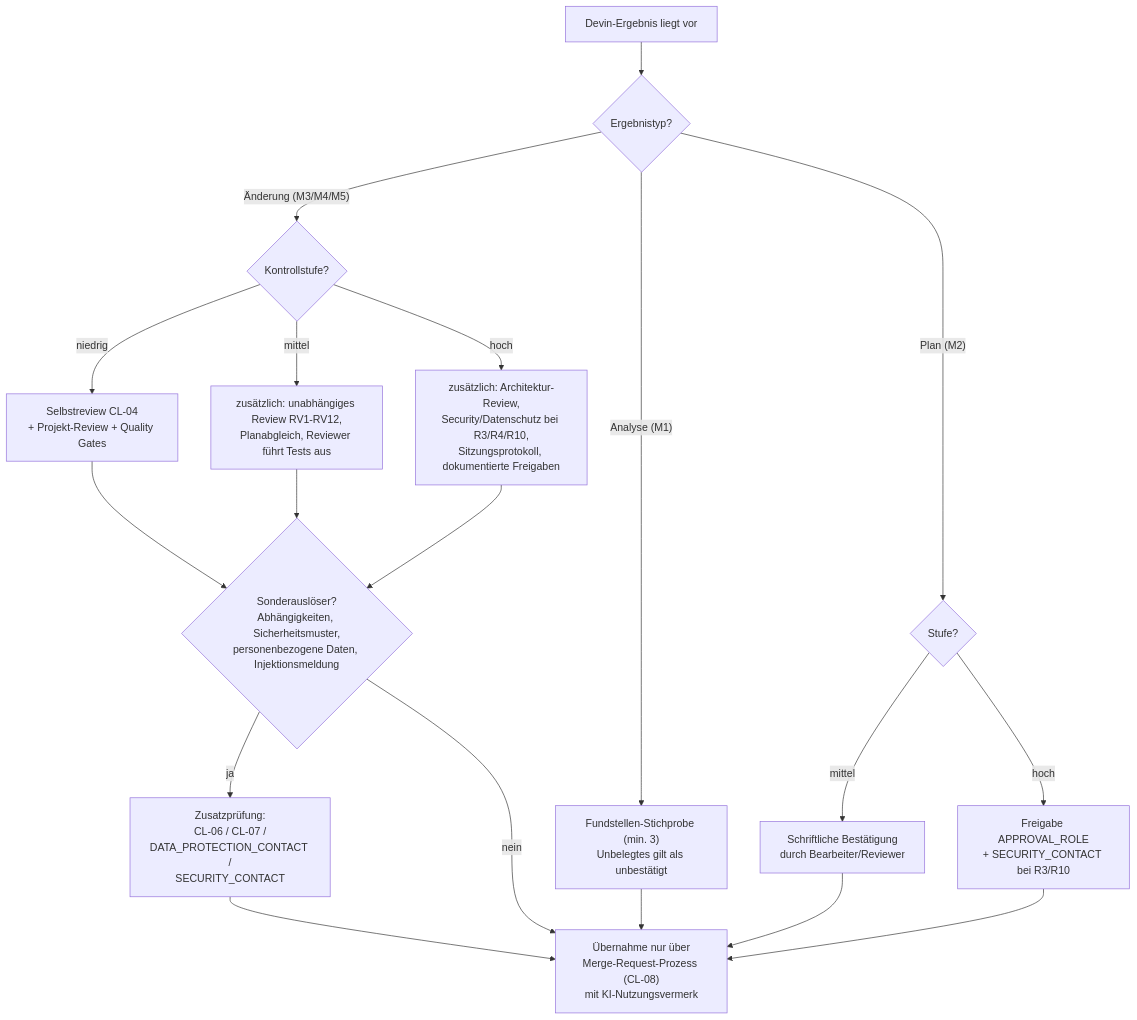
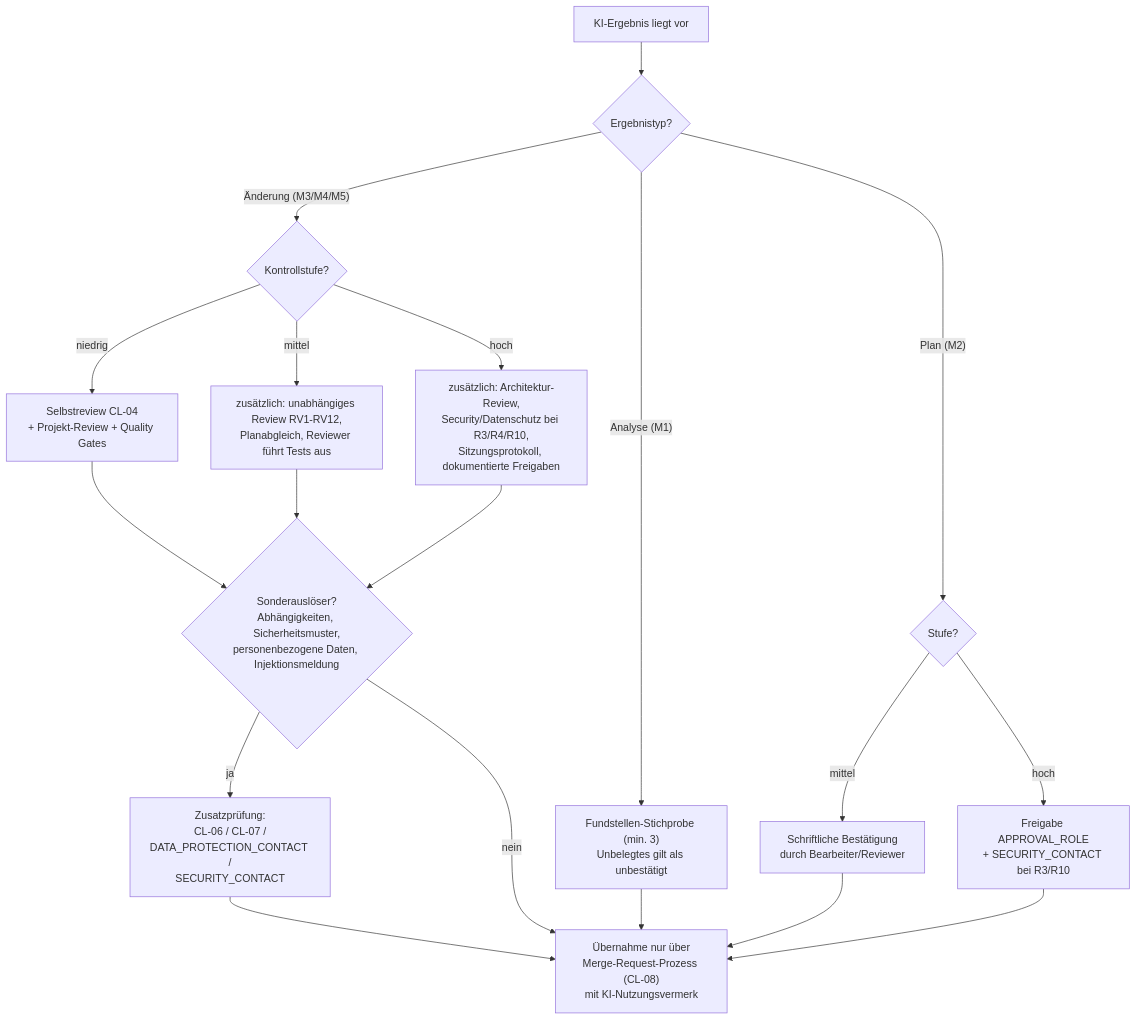
One commit to Renoxar/koolie changed the diagram in leitwerk-core/decision-trees/04-required-review.md. Above: the diagram before and after it, drawn with Mermaid. The commit also changed other lines of this file and 97 other files, not shown here.

````diff
--- a/leitwerk-core/decision-trees/04-required-review.md
+++ b/leitwerk-core/decision-trees/04-required-review.md
@@ -25,20 +25,20 @@
 ```mermaid
 flowchart TD
-    A["Devin-Ergebnis liegt vor"] --> B{"Ergebnistyp?"}
+    A["KI-Ergebnis liegt vor"] --> B{"Ergebnistyp?"}
     B -- "Analyse (M1)" --> C["Fundstellen-Stichprobe (min. 3)<br/>Unbelegtes gilt als unbestätigt"]
     B -- "Plan (M2)" --> D{"Stufe?"}
     D -- "mittel" --> D1["Schriftliche Bestätigung<br/>durch Bearbeiter/Reviewer"]
     D -- "hoch" --> D2["Freigabe APPROVAL_ROLE<br/>+ SECURITY_CONTACT bei R3/R10"]
     B -- "Änderung (M3/M4/M5)" --> E{"Kontrollstufe?"}
     E -- "niedrig" --> F["Selbstreview CL-04<br/>+ Projekt-Review + Quality Gates"]
     E -- "mittel" --> G["zusätzlich: unabhängiges Review RV1-RV12,<br/>Planabgleich, Reviewer führt Tests aus"]
     E -- "hoch" --> H["zusätzlich: Architektur-Review,<br/>Security/Datenschutz bei R3/R4/R10,<br/>Sitzungsprotokoll, dokumentierte Freigaben"]
     F --> I{"Sonderauslöser?<br/>Abhängigkeiten, Sicherheitsmuster,<br/>personenbezogene Daten, Injektionsmeldung"}
     G --> I
     H --> I
     I -- "ja" --> J["Zusatzprüfung:<br/>CL-06 / CL-07 /<br/>DATA_PROTECTION_CONTACT /<br/>SECURITY_CONTACT"] --> K
     I -- "nein" --> K["Übernahme nur über<br/>Merge-Request-Prozess (CL-08)<br/>mit KI-Nutzungsvermerk"]
     C --> K
     D1 --> K
     D2 --> K
 ```
````
